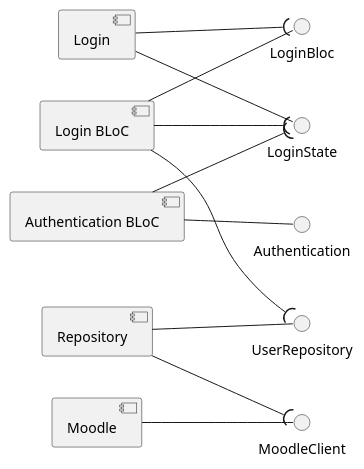
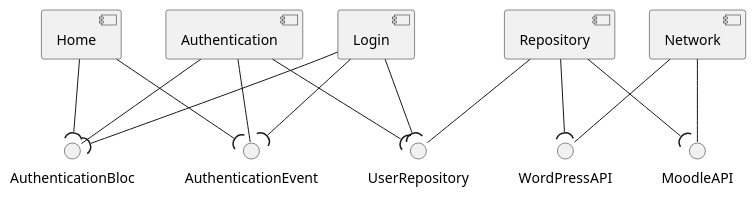
The diagram in docs/architektur-draft.md (smartens/es4students), drawn with PlantUML before and after one commit.

Commit message:
Update architecture

```diff
--- a/docs/architektur-draft.md
+++ b/docs/architektur-draft.md
@@ -1,20 +1,23 @@
 @startuml
-left to right direction
+
 skinparam componentStyle uml2
 
-[Login] -- LoginState
-[Login] --( LoginBloc
+[Login] --( UserRepository
+[Login] --( AuthenticationEvent
+[Login] --( AuthenticationBloc
 
-[Login BLoC] -- LoginBloc
-[Login BLoC] --( LoginState
-[Login BLoC] --( UserRepository
-
-[Authentication BLoC] -- Authentication
-[Authentication BLoC] --( LoginState
+[Authentication] -- AuthenticationEvent
+[Authentication] -- AuthenticationBloc
+[Authentication] --( UserRepository
 
 [Repository] -- UserRepository
-[Repository] --( MoodleClient
+[Repository] --( MoodleAPI
+[Repository] --( WordPressAPI
 
-[Moodle] -- MoodleClient
+[Network] -- MoodleAPI
+[Network] -- WordPressAPI
+
+[Home] --( AuthenticationEvent
+[Home] --( AuthenticationBloc
 
 @enduml
```
